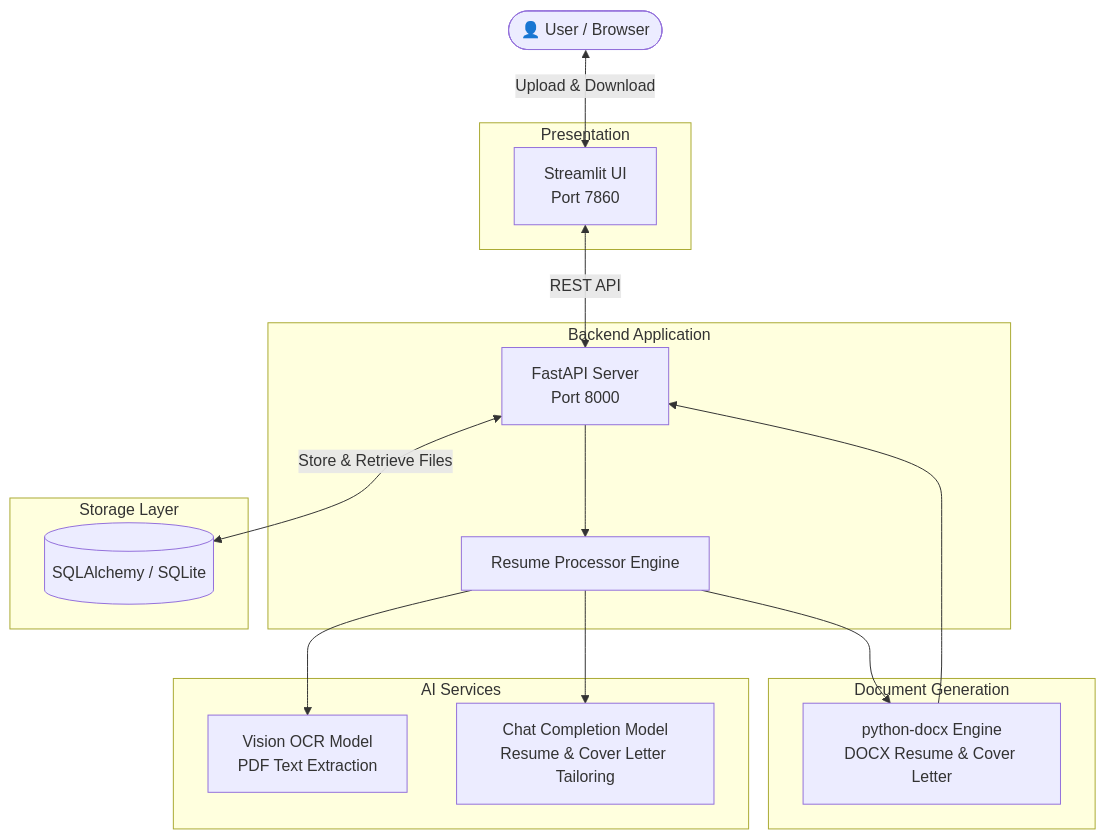
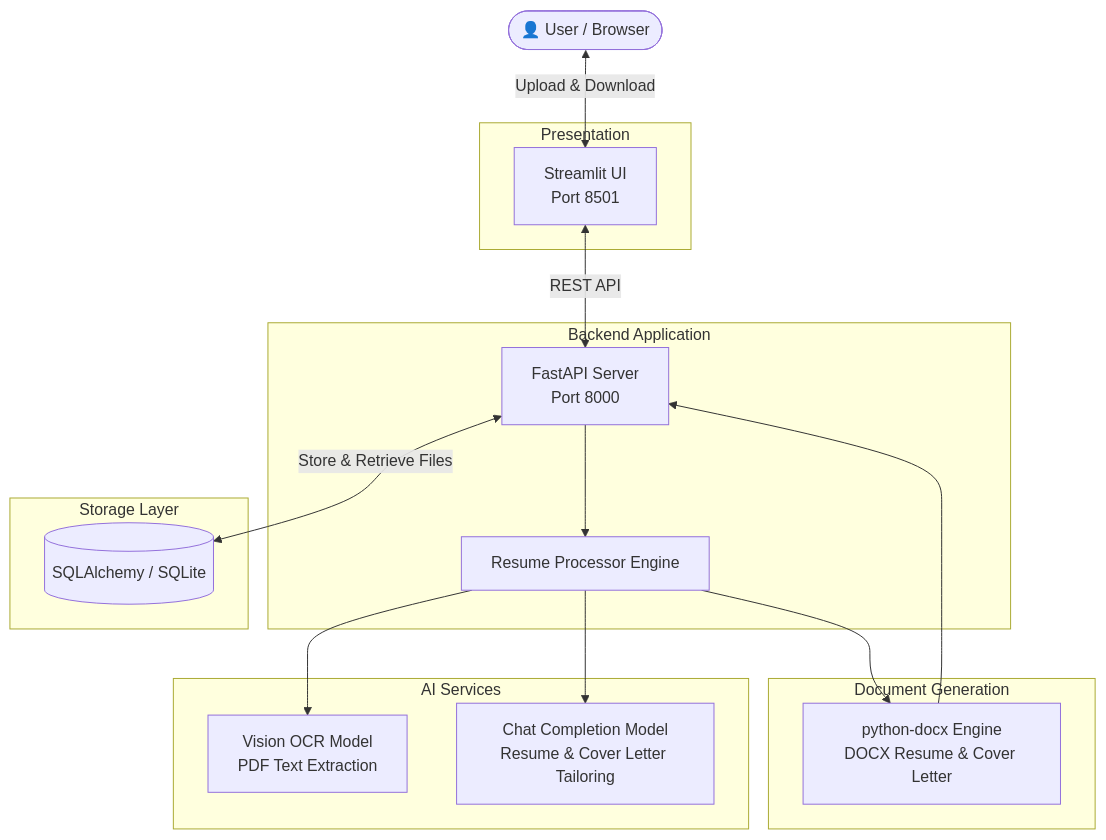
One commit to dreww01/resume-maker changed the first of 2 diagrams in README.md. Above: the diagram before and after it, drawn with Mermaid. The commit also changed 3 other files, not shown here.

Commit message:
docs(readme): standardize streamlit frontend port to 8501 (resolves #REV-08)

````diff
--- a/README.md
+++ b/README.md
@@ -37,35 +37,35 @@
 ```mermaid
 flowchart TD
     User([👤 User / Browser])
 
     subgraph Client [Presentation]
-        UI[Streamlit UI\nPort 7860]
+        UI[Streamlit UI\nPort 8501]
     end
 
     subgraph Server [Backend Application]
         API[FastAPI Server\nPort 8000]
         Processor[Resume Processor Engine]
     end
 
     subgraph Data [Storage Layer]
         DB[(SQLAlchemy / SQLite)]
     end
 
     subgraph AI [AI Services]
         VisionLLM[Vision OCR Model\nPDF Text Extraction]
         ChatLLM[Chat Completion Model\nResume & Cover Letter Tailoring]
     end
 
     subgraph Output [Document Generation]
         DocxGen[python-docx Engine\nDOCX Resume & Cover Letter]
     end
 
     User <-->|Upload & Download| UI
     UI <-->|REST API| API
     API <-->|Store & Retrieve Files| DB
     API --> Processor
     Processor --> VisionLLM
     Processor --> ChatLLM
     Processor --> DocxGen
     DocxGen --> API
 ```
````
